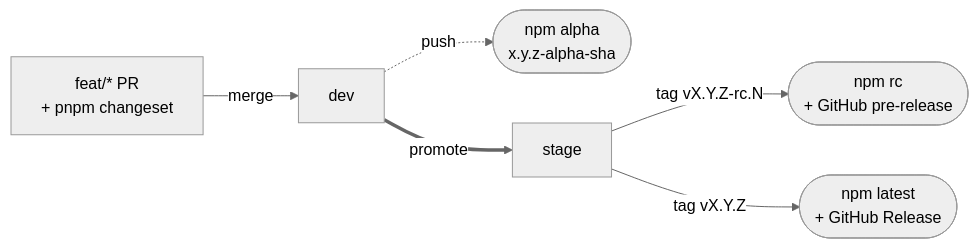
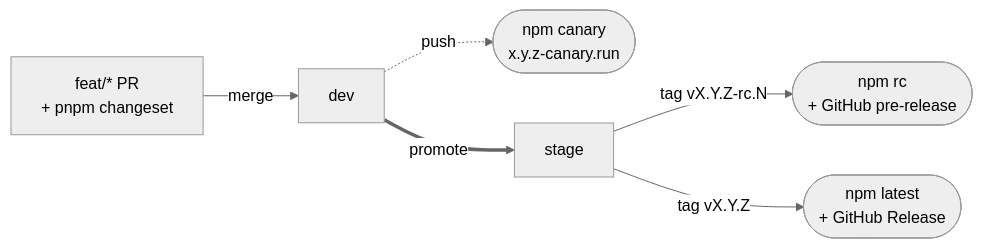
The diagram in CONTRIBUTING.md (blurifycom/openora), drawn with Mermaid (neutral theme) before and after one commit. The commit also changed other lines of this file and 8 other files, not shown here.

````diff
--- a/CONTRIBUTING.md
+++ b/CONTRIBUTING.md
@@ -67,8 +68,8 @@
 ```mermaid
 flowchart LR
     PR["feat/* PR<br/>+ pnpm changeset"] -->|merge| DEV[dev]
-    DEV -. push .-> ALPHA(["npm alpha<br/>x.y.z-alpha-sha"])
+    DEV -. push .-> CANARY(["npm canary<br/>x.y.z-canary.run"])
     DEV ==>|promote| STAGE[stage]
     STAGE -->|"tag vX.Y.Z-rc.N"| RC(["npm rc<br/>+ GitHub pre-release"])
     STAGE -->|"tag vX.Y.Z"| LATEST(["npm latest<br/>+ GitHub Release"])
 ```
````
